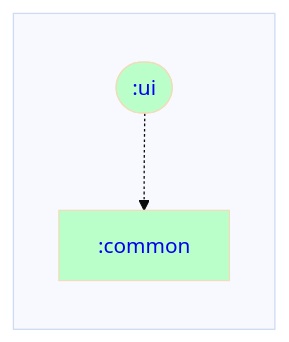
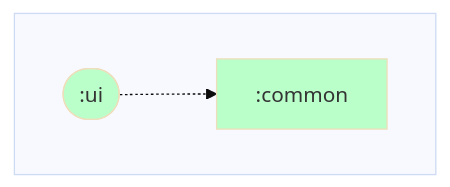
One commit to ARES-ID/Daedalus changed the diagram in common/dependencyGraph.md. Above: the diagram before and after it, drawn with Mermaid. The commit also changed 12 other files, not shown here.

Commit message:
Fix kotlinter & dependency graphs

````diff
--- a/common/dependencyGraph.md
+++ b/common/dependencyGraph.md
@@ -1,22 +1,22 @@
 ```mermaid
 %%{ init: { 'theme': 'base' } }%%
 graph LR;
 
 %% Styling for module nodes by type
 classDef rootNode stroke-width:4px;
 classDef mppNode fill:#ffd2b3,color:#333333;
 classDef andNode fill:#baffc9,color:#333333;
 classDef javaNode fill:#ffb3ba,color:#333333;
 
 %% Modules
 subgraph  
-  direction TB;
-  :common[<a href='https://github.com/rjspies/Daedalus/blob/main/common/dependencyGraph.md' style='text-decoration:auto'>:common</a>]:::andNode;
-  :ui([<a href='https://github.com/rjspies/Daedalus/blob/main/ui/dependencyGraph.md' style='text-decoration:auto'>:ui</a>]):::andNode;
+  direction LR;
+  :common[:common]:::andNode;
+  :ui([:ui]):::andNode;
 end
 
 %% Dependencies
 
 %% Dependents
 :ui-.->:common
 ```
````
